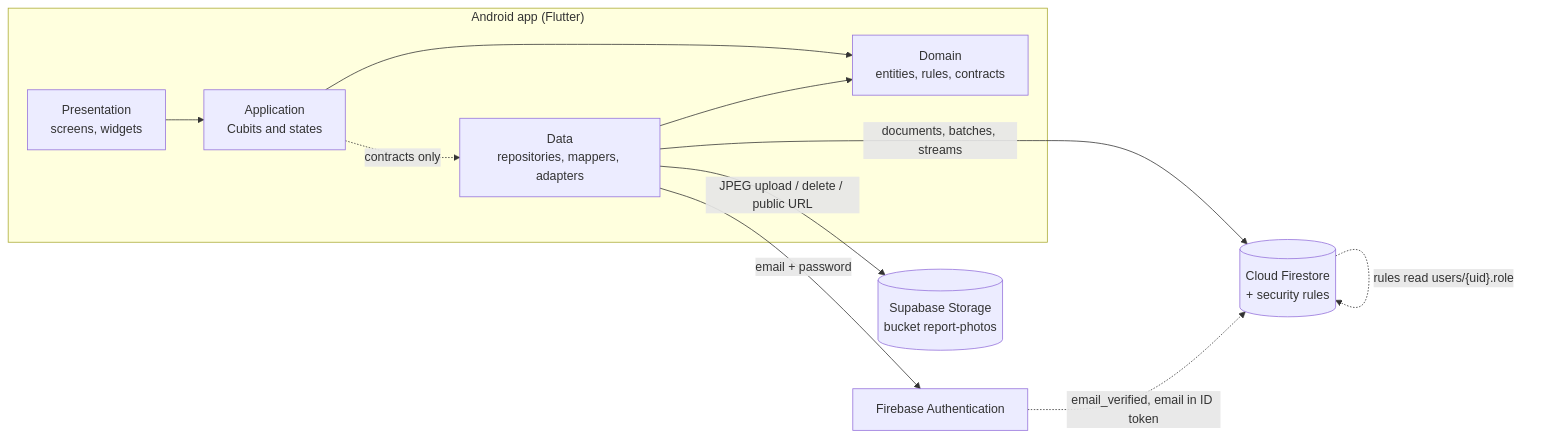
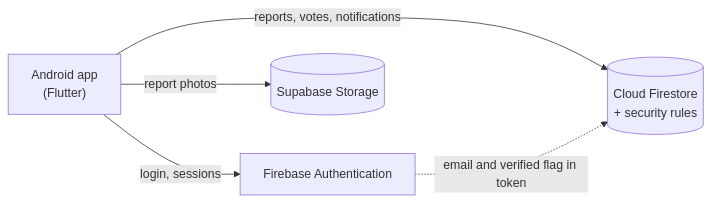
One commit to rebakevin/Hero changed the first of 6 diagrams in docs/Hero Technical Documentation.md. Above: the diagram before and after it, drawn with Mermaid. The commit also changed other lines of this file, not shown here.

````diff
--- a/docs/Hero Technical Documentation.md
+++ b/docs/Hero Technical Documentation.md
@@ -50,17 +52,8 @@
 ```mermaid
 flowchart LR
-    subgraph Device["Android app (Flutter)"]
-        UI["Presentation<br/>screens, widgets"]
-        CUBIT["Application<br/>Cubits and states"]
-        DOMAIN["Domain<br/>entities, rules, contracts"]
-        DATA["Data<br/>repositories, mappers, adapters"]
-        UI --> CUBIT --> DOMAIN
-        DATA --> DOMAIN
-        CUBIT -. " contracts only " .-> DATA
-    end
-    DATA -->|" email + password "| AUTH["Firebase Authentication"]
-    DATA -->|" documents, batches, streams "| FS[("Cloud Firestore<br/>+ security rules")]
-    DATA -->|" JPEG upload / delete / public URL "| SB[("Supabase Storage<br/>bucket report-photos")]
-    FS -. " rules read users/{uid}.role " .-> FS
-    AUTH -. " email_verified, email in ID token " .-> FS
+    APP["Android app<br/>(Flutter)"]
+    APP -->|" login, sessions "| AUTH["Firebase Authentication"]
+    APP -->|" reports, votes, notifications "| FS[("Cloud Firestore<br/>+ security rules")]
+    APP -->|" report photos "| SB[("Supabase Storage")]
+    AUTH -. " email and verified flag in token " .-> FS
 ```
````
